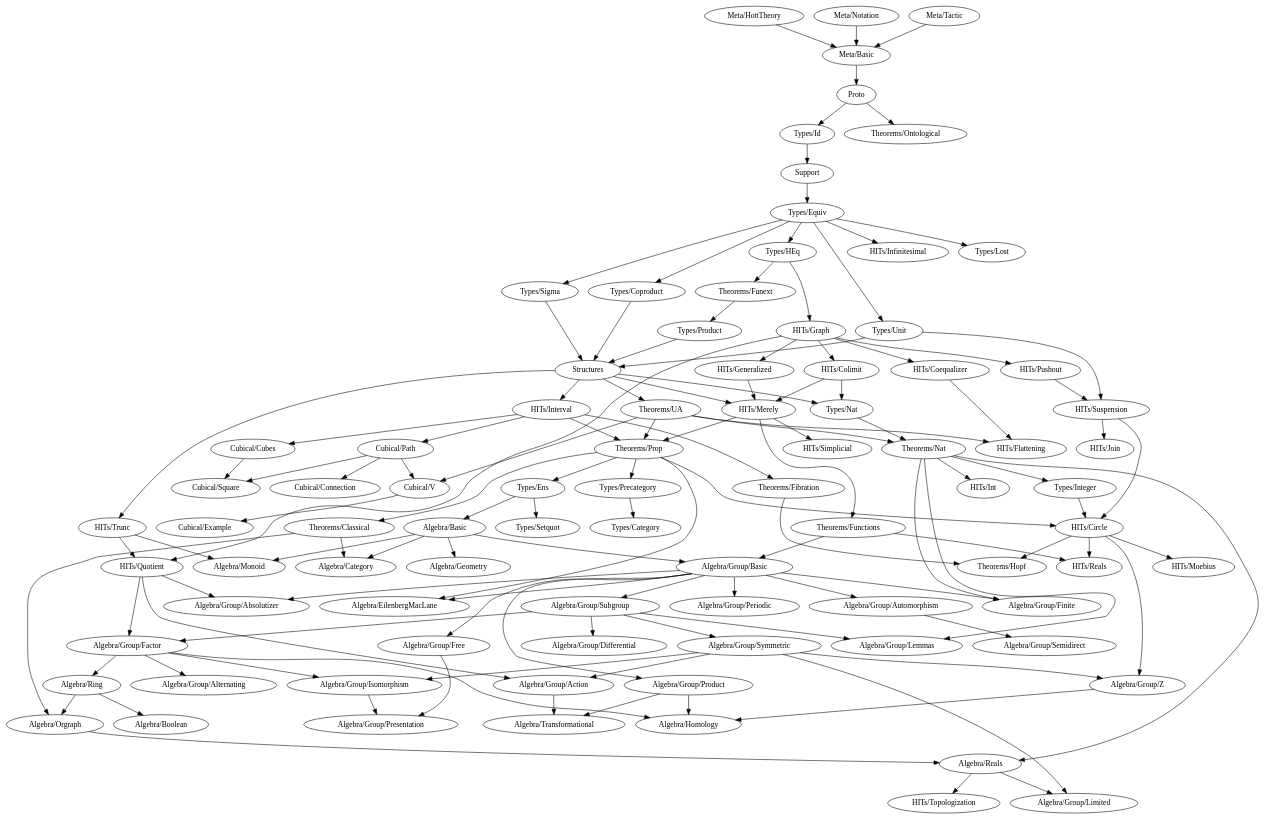
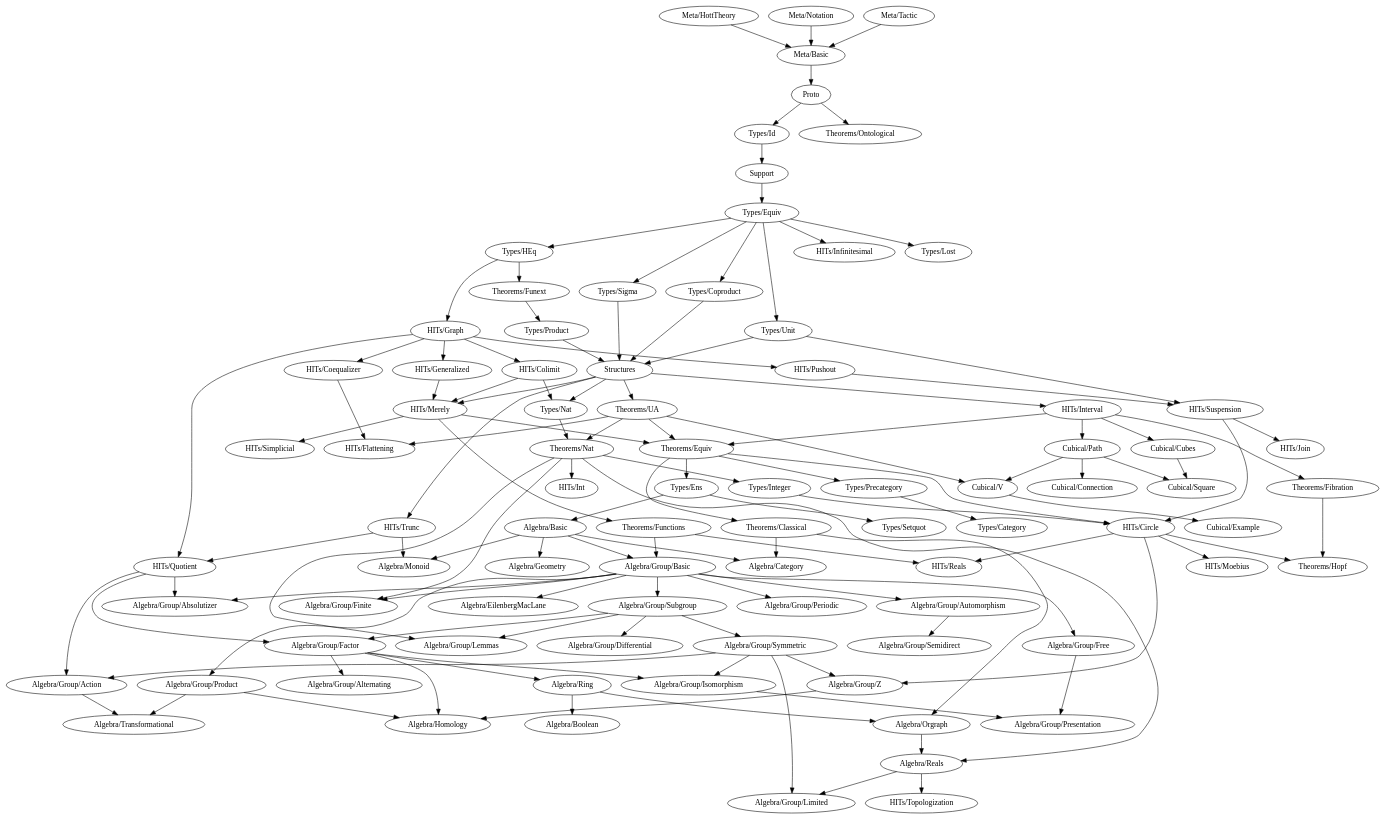
The diagram in dependency-map.gv (forked-from-1kasper/ground_zero), drawn with Graphviz before and after one commit. The commit also changed 12 other files, not shown here.

```diff
--- a/dependency-map.gv
+++ b/dependency-map.gv
@@ -1,198 +1,197 @@
 digraph dependency_map {
   Proto -> { "Types/Id", "Theorems/Ontological"}
   Support -> "Types/Equiv"
   Structures -> {
     "HITs/Interval",
     "HITs/Merely",
     "HITs/Trunc",
     "Types/Nat",
     "Theorems/UA"
   }
 
   subgraph Algebra {
     "Algebra/Basic" -> {
       "Algebra/Category",
       "Algebra/Monoid",
       "Algebra/Geometry",
       "Algebra/Group/Basic"
     }
     "Algebra/Boolean"
     "Algebra/Category"
     "Algebra/EilenbergMacLane"
     "Algebra/Geometry"
     "Algebra/Homology"
     "Algebra/Monoid"
     "Algebra/Orgraph" -> { "Algebra/Reals" }
     "Algebra/Reals" -> { "Algebra/Group/Limited", "HITs/Topologization" }
     "Algebra/Ring" -> { "Algebra/Boolean", "Algebra/Orgraph" }
     "Algebra/Transformational"
   }
 
   subgraph "Algebra/Group" {
     "Algebra/Group/Absolutizer"
     "Algebra/Group/Action" -> "Algebra/Transformational"
     "Algebra/Group/Alternating"
     "Algebra/Group/Automorphism" -> "Algebra/Group/Semidirect"
     "Algebra/Group/Basic" -> {
       "Algebra/EilenbergMacLane",
       "Algebra/Group/Finite",
       "Algebra/Group/Absolutizer",
       "Algebra/Group/Automorphism",
       "Algebra/Group/Free",
       "Algebra/Group/Periodic",
       "Algebra/Group/Product",
       "Algebra/Group/Subgroup"
     }
     "Algebra/Group/Differential"
     "Algebra/Group/Factor" -> {
       "Algebra/Homology",
       "Algebra/Ring",
       "Algebra/Group/Alternating",
       "Algebra/Group/Isomorphism"
     }
     "Algebra/Group/Finite"
     "Algebra/Group/Free" -> "Algebra/Group/Presentation"
     "Algebra/Group/Isomorphism" -> "Algebra/Group/Presentation"
     "Algebra/Group/Lemmas"
     "Algebra/Group/Limited"
     "Algebra/Group/Periodic"
     "Algebra/Group/Presentation"
     "Algebra/Group/Product" -> { "Algebra/Homology", "Algebra/Transformational" }
     "Algebra/Group/Semidirect"
     "Algebra/Group/Subgroup" -> {
       "Algebra/Group/Differential",
       "Algebra/Group/Factor",
       "Algebra/Group/Lemmas",
       "Algebra/Group/Symmetric"
     }
     "Algebra/Group/Symmetric" -> {
       "Algebra/Group/Limited",
       "Algebra/Group/Z",
       "Algebra/Group/Action",
       "Algebra/Group/Isomorphism"
     }
     "Algebra/Group/Z" -> { "Algebra/Homology" }
   }
 
   subgraph Types {
     "Types/Category"
     "Types/Coproduct" -> { Structures }
     "Types/Id" -> { Support }
     "Types/Ens" -> { "Algebra/Basic", "Types/Setquot" }
     "Types/Equiv" -> {
       "Types/HEq",
       "HITs/Infinitesimal",
       "Types/Coproduct",
       "Types/Lost",
       "Types/Unit",
       "Types/Sigma"
     }
     "Types/HEq" -> {
       "HITs/Graph", "Theorems/Funext"
     }
     "Types/Integer" -> "HITs/Circle"
     "Types/Lost"
     "Types/Nat" -> { "Theorems/Nat" }
     "Types/Precategory" -> { "Types/Category" }
     "Types/Product" -> { Structures }
     "Types/Setquot"
     "Types/Sigma" -> { Structures }
     "Types/Unit" -> { Structures, "HITs/Suspension" }
   }
 
   subgraph HITs {
     "HITs/Circle" -> {
       "Algebra/Group/Z",
       "Theorems/Hopf",
       "HITs/Moebius",
       "HITs/Reals"
     }
     "HITs/Coequalizer" -> { "HITs/Flattening" }
     "HITs/Colimit" -> { "HITs/Merely", "Types/Nat" }
     "HITs/Flattening"
     "HITs/Generalized" -> "HITs/Merely"
     "HITs/Graph" -> {
       "HITs/Coequalizer",
       "HITs/Colimit",
       "HITs/Generalized",
       "HITs/Pushout",
       "HITs/Quotient"
     }
     "HITs/Infinitesimal"
     "HITs/Interval" -> {
       "Cubical/Cubes",
       "Cubical/Path",
-      "Theorems/Prop",
+      "Theorems/Equiv",
       "Theorems/Fibration"
     }
     "HITs/Join"
     "HITs/Merely" -> {
-      "Theorems/Prop",
+      "Theorems/Equiv",
       "HITs/Simplicial",
       "Theorems/Functions"
     }
     "HITs/Moebius"
     "HITs/Pushout" -> {
       "HITs/Suspension"
     }
     "HITs/Quotient" -> {
       "Algebra/Group/Absolutizer",
       "Algebra/Group/Action",
       "Algebra/Group/Factor"
     }
     "HITs/Reals"
     "HITs/Simplicial"
     "HITs/Suspension" -> { "HITs/Circle", "HITs/Join" }
     "HITs/Topologization"
     "HITs/Trunc" -> { "Algebra/Monoid", "HITs/Quotient" }
   }
 
   subgraph Cubical {
     "Cubical/Connection"
     "Cubical/Cubes" -> "Cubical/Square"
     "Cubical/Example"
     "Cubical/Path" -> {
       "Cubical/Square",
       "Cubical/V",
       "Cubical/Connection"
     }
     "Cubical/Square"
     "Cubical/V" -> { "Cubical/Example" }
   }
 
   subgraph Meta {
     "Meta/Basic" -> Proto
     "Meta/HottTheory" -> "Meta/Basic"
     "Meta/Notation" -> "Meta/Basic"
     "Meta/Tactic" -> "Meta/Basic"
   }
 
   subgraph Theorems {
     "Theorems/Classical" -> { "Algebra/Category", "Algebra/Orgraph" }
     "Theorems/Fibration" -> { "Theorems/Hopf" }
     "Theorems/Functions" -> { "HITs/Reals", "Algebra/Group/Basic" }
     "Theorems/Funext" -> { "Types/Product" }
     "Theorems/Hopf"
     "Theorems/Ontological"
     "Theorems/Nat" -> {
       "Algebra/Group/Finite",
       "Algebra/Reals",
       "HITs/Int",
       "Types/Integer",
       "Algebra/Group/Lemmas"
     }
-    "Theorems/Prop" -> {
-      "Algebra/EilenbergMacLane",
+    "Theorems/Equiv" -> {
       "HITs/Circle",
       "Types/Ens",
       "Types/Precategory",
       "Theorems/Classical"
     }
     "Theorems/UA" -> {
       "HITs/Flattening",
       "Theorems/Nat",
-      "Theorems/Prop",
+      "Theorems/Equiv",
       "Cubical/V"
     }
   }
 }
```
